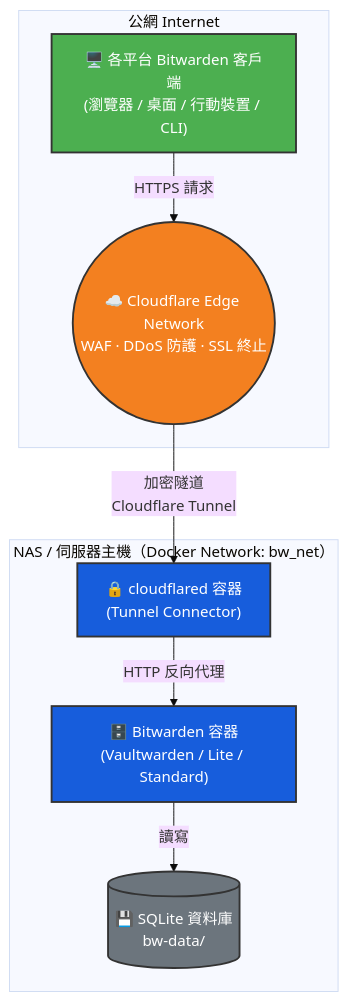
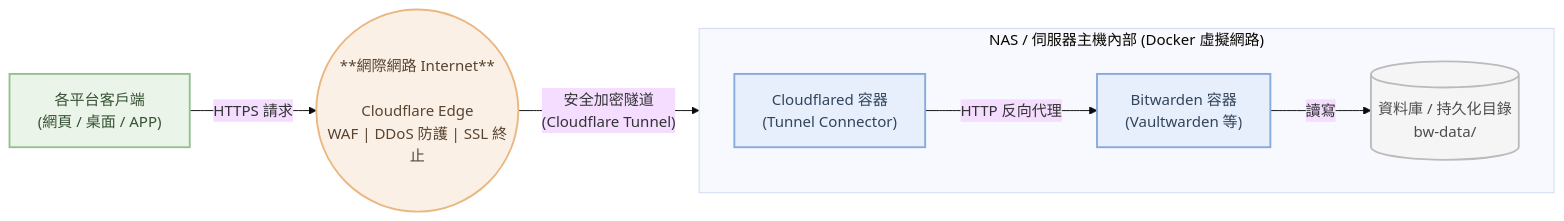
One commit to felimet/bitwarden-server changed the first of 2 diagrams in README.md. Above: the diagram before and after it, drawn with Mermaid (base theme). The commit also changed other lines of this file and 7 other files, not shown here.

````diff
--- a/README.md
+++ b/README.md
@@ -9,28 +11,28 @@
 ```mermaid
-graph TD
-    subgraph "公網 Internet"
-        A["🖥️ 各平台 Bitwarden 客戶端<br/>(瀏覽器 / 桌面 / 行動裝置 / CLI)"]
-        B(("☁️ Cloudflare Edge Network<br/>WAF · DDoS 防護 · SSL 終止"))
+flowchart LR
+    A["各平台客戶端<br/>(網頁 / 桌面 / APP)"] -- "HTTPS 請求" --> B
+    
+    B(("**網際網路 Internet**<br/><br/>Cloudflare Edge<br/>WAF | DDoS 防護 | SSL 終止"))
+
+    subgraph Local ["NAS / 伺服器主機內部 (Docker 虛擬網路)"]
+        direction LR
+        C["Cloudflared 容器<br/>(Tunnel Connector)"]
+        D["Bitwarden 容器<br/>(Vaultwarden 等)"]
+        E[("資料庫 / 持久化目錄<br/>bw-data/")]
+        
+        C -- "HTTP 反向代理" --> D
+        D -- "讀寫" --> E
     end
 
-    subgraph "NAS / 伺服器主機（Docker Network: bw_net）"
-        C["🔒 cloudflared 容器<br/>(Tunnel Connector)"]
-        D["🗄️ Bitwarden 容器<br/>(Vaultwarden / Lite / Standard)"]
-        E[("💾 SQLite 資料庫<br/>bw-data/")]
-    end
+    B -- "安全加密隧道<br/>(Cloudflare Tunnel)" --> C
 
-    A -- "HTTPS 請求" --> B
-    B -- "加密隧道<br/>Cloudflare Tunnel" --> C
-    C -- "HTTP 反向代理" --> D
-    D -- "讀寫" --> E
+    classDef edge fill:#fbf0e6,stroke:#ebb781,stroke-width:2px,color:#594430
+    classDef local fill:#e6effb,stroke:#86aadb,stroke-width:2px,color:#32445c
+    classDef client fill:#eaf4e9,stroke:#93c28f,stroke-width:2px,color:#355232
+    classDef db fill:#f5f5f5,stroke:#bbbbbb,stroke-width:2px,color:#4d4d4d
 
-    classDef cloudflare fill:#F38020,stroke:#333,stroke-width:2px,color:#fff
-    classDef local fill:#175DDC,stroke:#333,stroke-width:2px,color:#fff
-    classDef client fill:#4CAF50,stroke:#333,stroke-width:2px,color:#fff
-    classDef db fill:#6C757D,stroke:#333,stroke-width:2px,color:#fff
-
-    class B cloudflare
+    class B edge
     class C,D local
     class A client
     class E db
 ```
````
